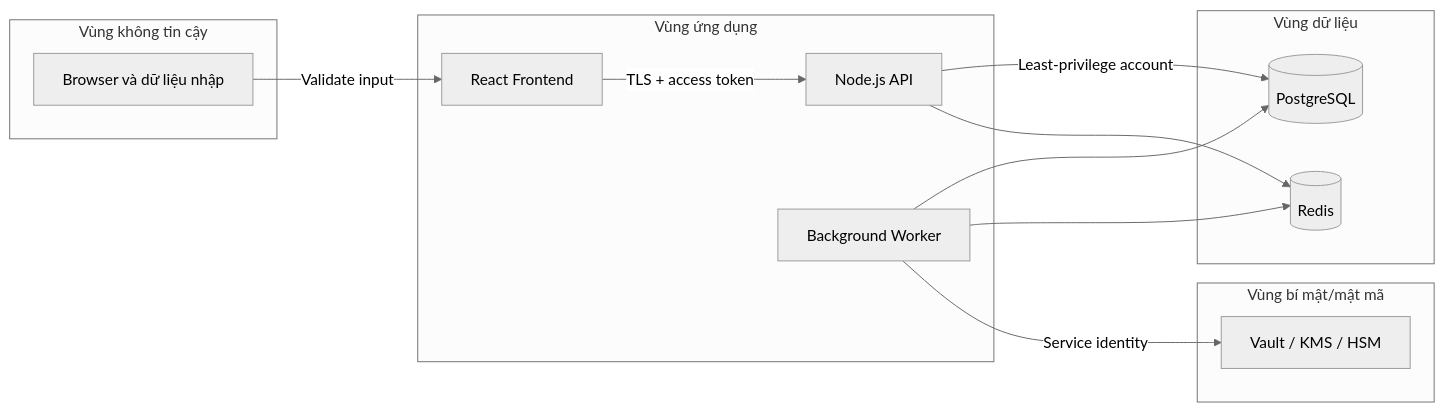
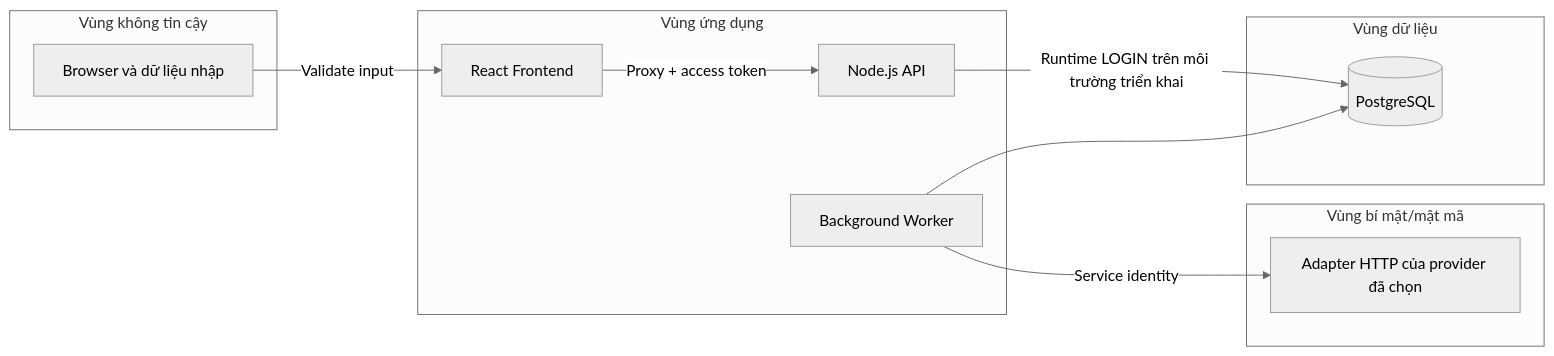
Before and after one commit to Eyblcat12/Cryta: the sixth of 7 diagrams in 02_so_do_he_thong_tong_quat.md, drawn with Mermaid (neutral theme). The commit also changed other lines of this file and 356 other files, not shown here.

````diff
--- a/02_so_do_he_thong_tong_quat.md
+++ b/02_so_do_he_thong_tong_quat.md
@@ -243,29 +255,26 @@
 ```mermaid
 flowchart LR
     subgraph Z1["Vùng không tin cậy"]
         B["Browser và dữ liệu nhập"]
     end
 
     subgraph Z2["Vùng ứng dụng"]
         FE["React Frontend"]
         API["Node.js API"]
         W["Background Worker"]
     end
 
     subgraph Z3["Vùng dữ liệu"]
         DB[("PostgreSQL")]
-        R[("Redis")]
     end
 
     subgraph Z4["Vùng bí mật/mật mã"]
-        KMS["Vault / KMS / HSM"]
+        KMS["Adapter HTTP của provider đã chọn"]
     end
 
     B -->|"Validate input"| FE
-    FE -->|"TLS + access token"| API
-    API -->|"Least-privilege account"| DB
-    API --> R
+    FE -->|"Proxy + access token"| API
+    API -->|"Runtime LOGIN trên môi trường triển khai"| DB
     W --> DB
-    W --> R
     W -->|"Service identity"| KMS
 ```
````
